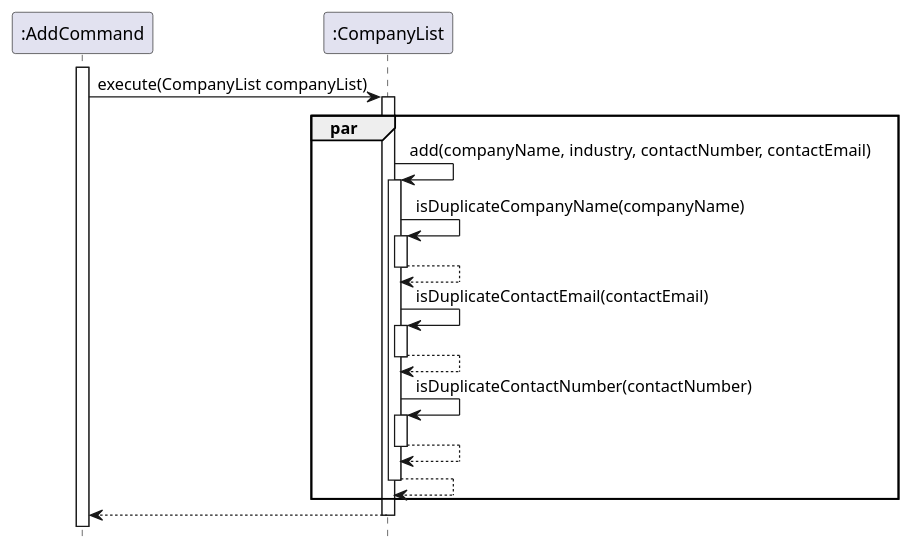
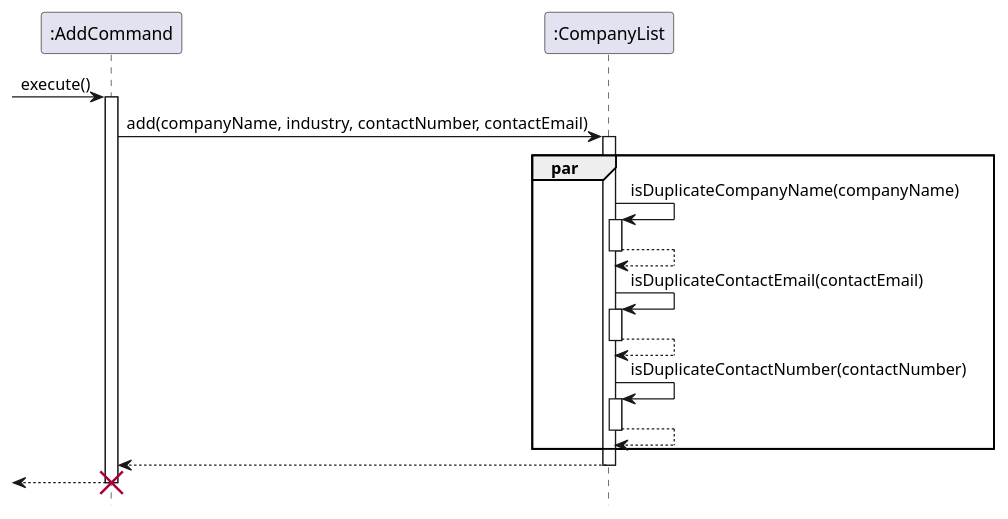
One commit to nus-cs2113-AY2223S2/tp changed the diagram in docs/UML/Duplication_checker.puml. Above: the diagram before and after it, drawn with PlantUML.

Commit message:
Update diagram for duplication checker

```diff
--- a/docs/UML/Duplication_checker.puml
+++ b/docs/UML/Duplication_checker.puml
@@ -1,31 +1,32 @@
 @startuml
 'https://plantuml.com/sequence-diagram
 
 hide footbox
 
+-> ":AddCommand" : execute()
+
 activate ":AddCommand"
-    ":AddCommand" -> ":CompanyList" : execute(CompanyList companyList)
+    ":AddCommand" -> ":CompanyList" : add(companyName, industry, contactNumber, contactEmail)
     activate ":CompanyList"
     par
-        ":CompanyList" -> ":CompanyList" : add(companyName, industry, contactNumber, contactEmail)
-        activate ":CompanyList"
             ":CompanyList" -> ":CompanyList" : isDuplicateCompanyName(companyName)
             activate ":CompanyList"
                 ":CompanyList" --> ":CompanyList"
             deactivate ":CompanyList"
             ":CompanyList" -> ":CompanyList" : isDuplicateContactEmail(contactEmail)
             activate ":CompanyList"
                 ":CompanyList" --> ":CompanyList"
             deactivate ":CompanyList"
             ":CompanyList" -> ":CompanyList" : isDuplicateContactNumber(contactNumber)
             activate ":CompanyList"
                 ":CompanyList" --> ":CompanyList"
             deactivate ":CompanyList"
-        ":CompanyList" --> ":CompanyList"
-        deactivate ":CompanyList"
     end
     ":CompanyList" --> ":AddCommand"
     deactivate ":CompanyList"
 
+<-- ":AddCommand" :
+
+destroy ":AddCommand"
 
 @enduml
```
